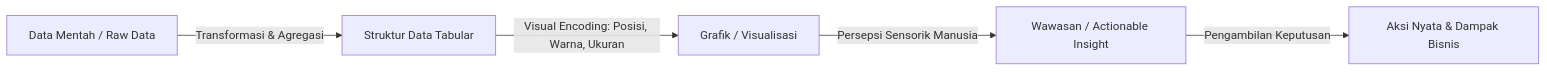
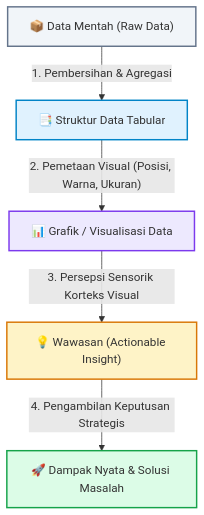
One commit to mahendaruui/Perkuliahan changed the diagram in docs/visualisasi-data/01-pengantar-visualisasi-data.md. Above: the diagram before and after it, drawn with Mermaid. The commit also changed 7 other files, not shown here.

Commit message:
refactor: update visual assets and Mermaid diagrams with standardized styling and formatting across course documentation

````diff
--- a/docs/visualisasi-data/01-pengantar-visualisasi-data.md
+++ b/docs/visualisasi-data/01-pengantar-visualisasi-data.md
@@ -21,7 +21,13 @@
 ```mermaid
-graph LR
-    A[Data Mentah / Raw Data] -->|Transformasi & Agregasi| B[Struktur Data Tabular]
-    B -->|Visual Encoding: Posisi, Warna, Ukuran| C[Grafik / Visualisasi]
-    C -->|Persepsi Sensorik Manusia| D[Wawasan / Actionable Insight]
-    D -->|Pengambilan Keputusan| E[Aksi Nyata & Dampak Bisnis]
+flowchart TD
+    A["📦 Data Mentah (Raw Data)"] -->|"1. Pembersihan & Agregasi"| B["📑 Struktur Data Tabular"]
+    B -->|"2. Pemetaan Visual (Posisi, Warna, Ukuran)"| C["📊 Grafik / Visualisasi Data"]
+    C -->|"3. Persepsi Sensorik Korteks Visual"| D["💡 Wawasan (Actionable Insight)"]
+    D -->|"4. Pengambilan Keputusan Strategis"| E["🚀 Dampak Nyata & Solusi Masalah"]
+
+    style A fill:#f1f5f9,stroke:#64748b,stroke-width:2px
+    style B fill:#e0f2fe,stroke:#0284c7,stroke-width:2px
+    style C fill:#ede9fe,stroke:#7c3aed,stroke-width:2px
+    style D fill:#fef3c7,stroke:#d97706,stroke-width:2px
+    style E fill:#dcfce7,stroke:#16a34a,stroke-width:2px
 ```
````
